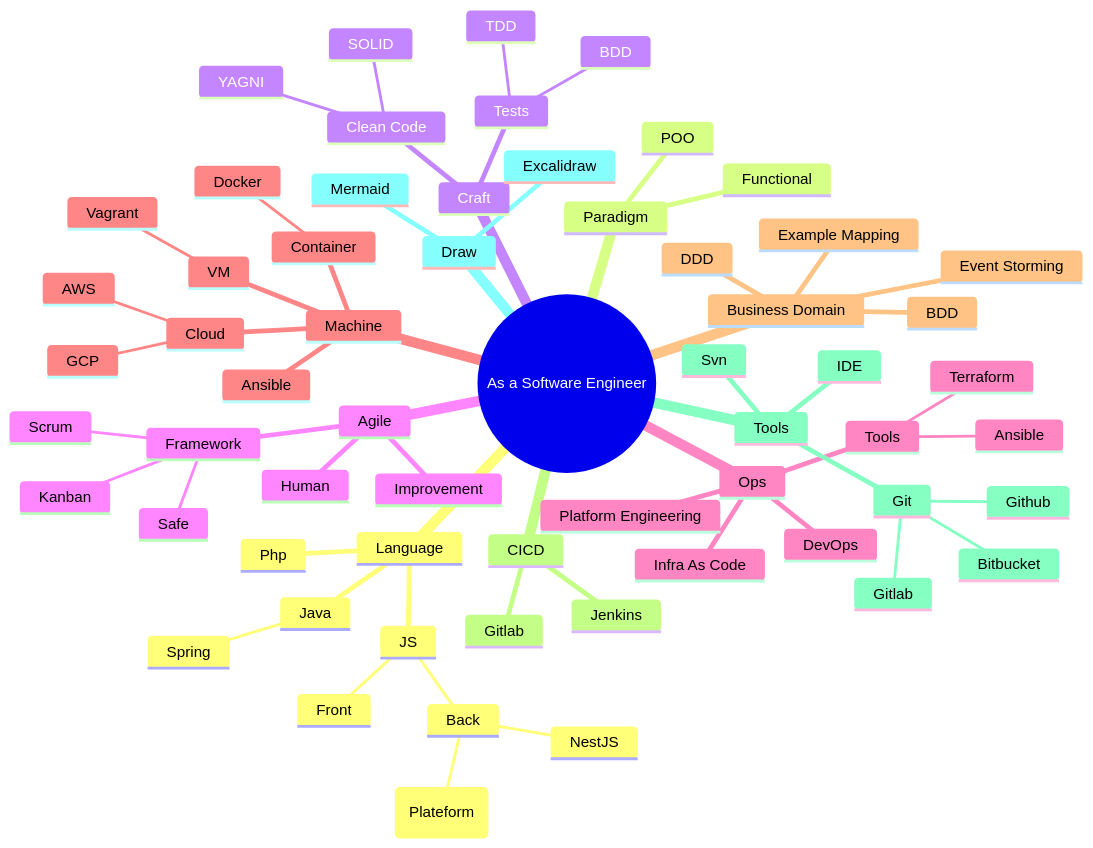
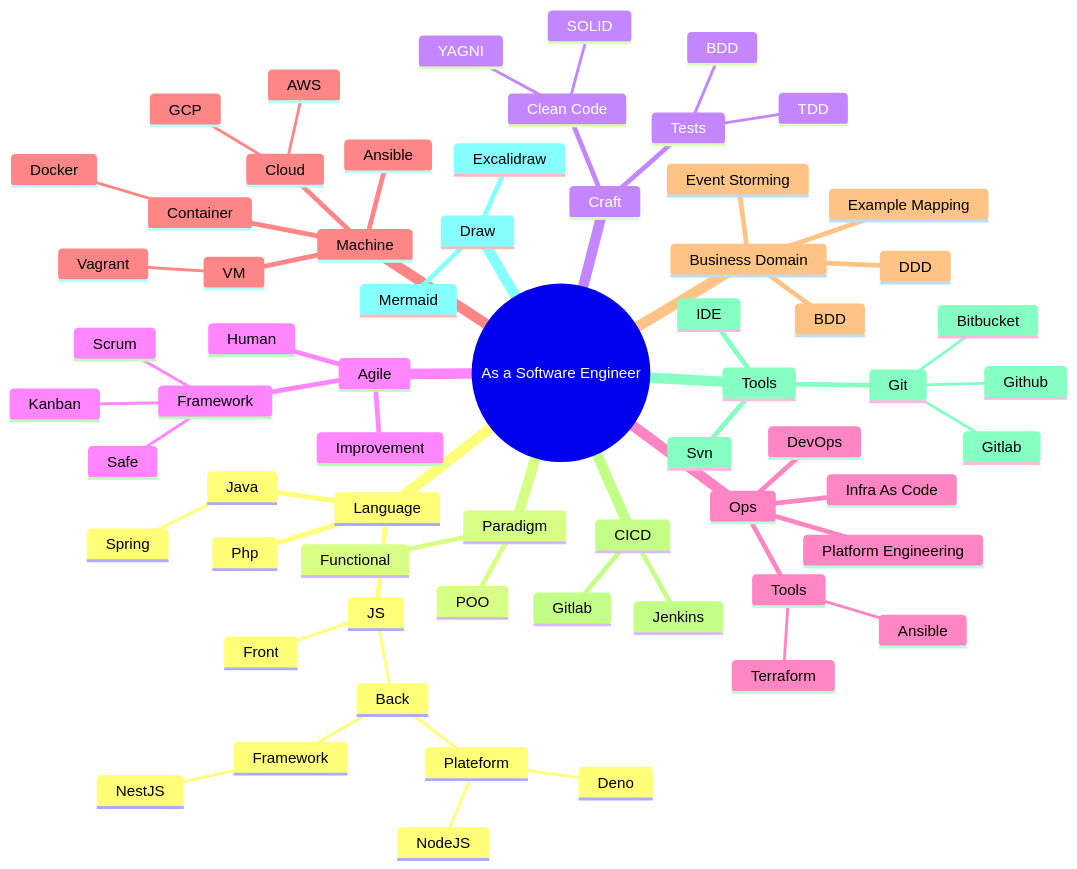
One commit to tanguybernard/computer-science-knowledge changed the diagram in README.md. Above: the diagram before and after it, drawn with Mermaid.

````diff
--- a/README.md
+++ b/README.md
@@ -6,65 +6,68 @@
 ```mermaid
 mindmap
   root((As a Software Engineer))
     Language
       Php
       JS
         Front
         Back
-          NodeJS(Plateform)
-          NestJS
+          Plateform
+            Deno
+            NodeJS
+          Framework
+            NestJS
       Java
         Spring
         
     Paradigm
       POO
       Functional
     Craft
       Clean Code
         SOLID
         YAGNI
       Tests
         TDD
         BDD
     Agile
       Human
       Improvement
       Framework
         Scrum
         Kanban
         Safe
     Ops
       DevOps
       Infra As Code
       Platform Engineering
       Tools
         Ansible
         Terraform
     Machine
       VM
         Vagrant
       Ansible
       Container
         Docker
       Cloud
         AWS
         GCP
     Business Domain
       DDD
       BDD
       Event Storming
       Example Mapping
     CICD
       Jenkins
       Gitlab
     Tools
       IDE
       Svn
       Git
         Github
         Gitlab
         Bitbucket
     Draw
       Excalidraw
       Mermaid
 ```
````
